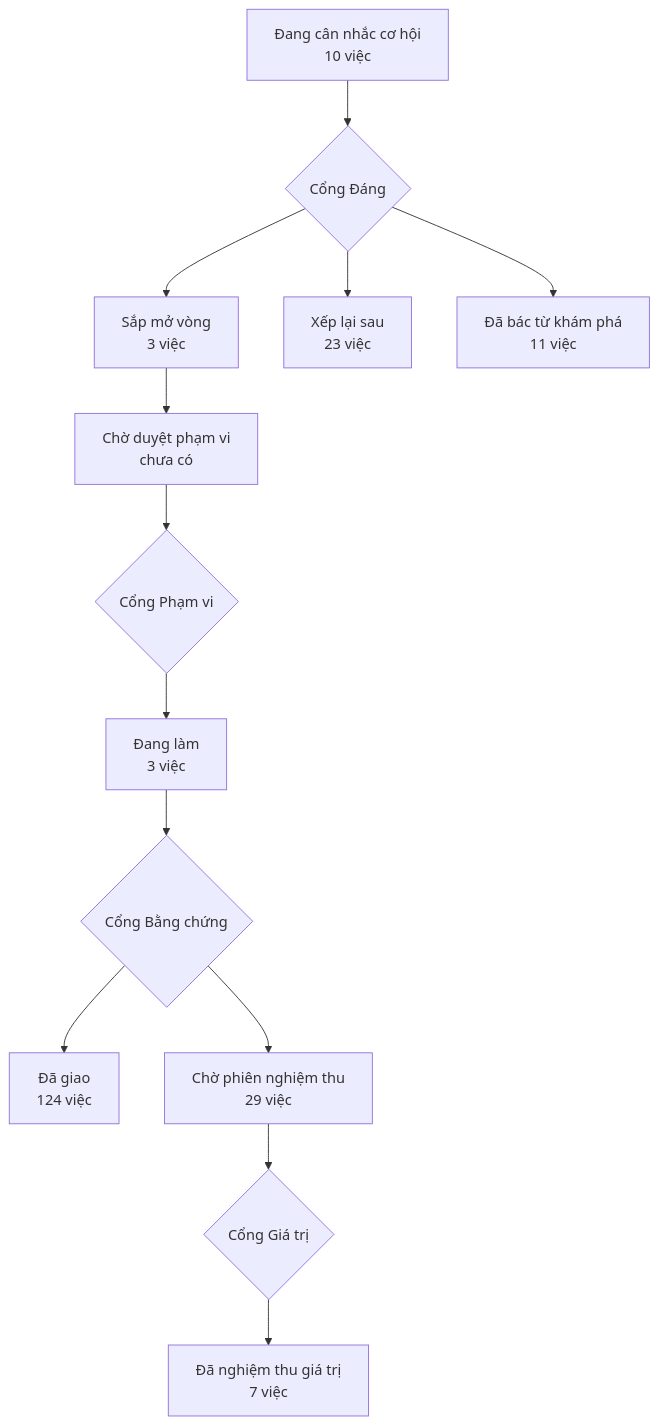
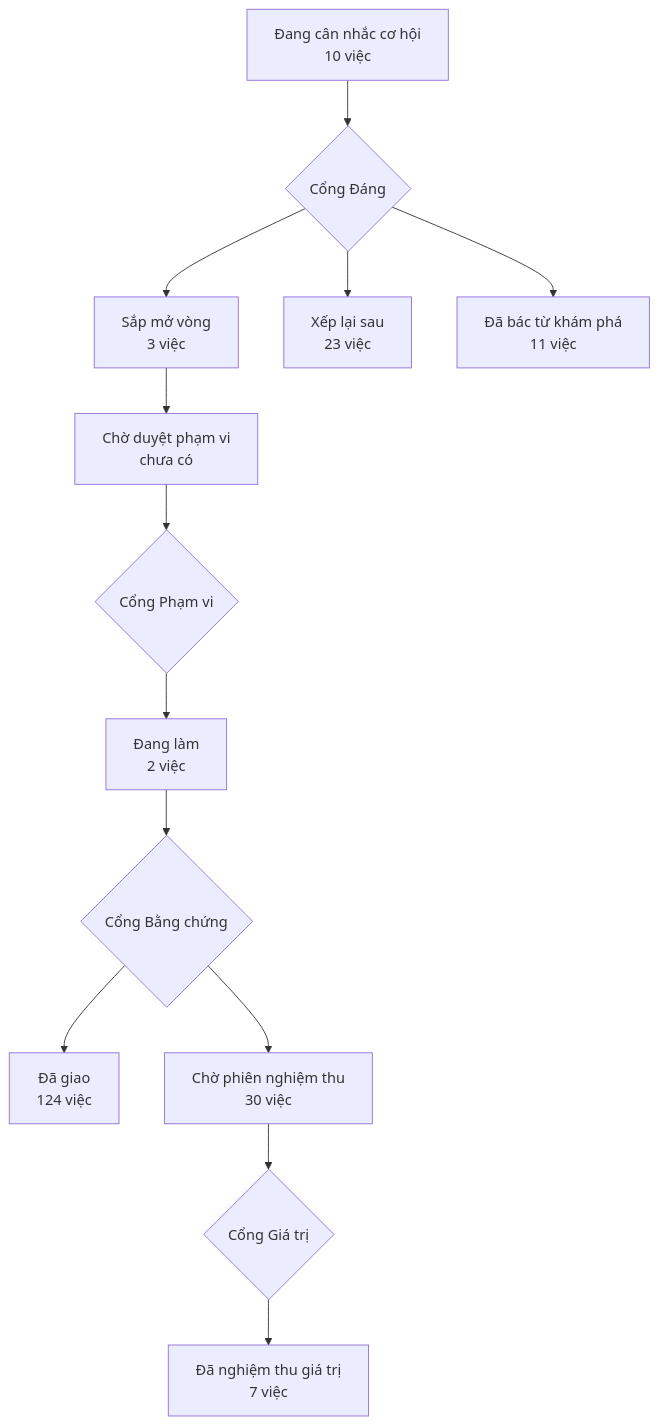
The diagram in PRODUCT-MAP.md (phanlemanh/acceptance-gate-kit), drawn with Mermaid before and after one commit. The commit also changed 5 other files, not shown here.

````diff
--- a/PRODUCT-MAP.md
+++ b/PRODUCT-MAP.md
@@ -7,12 +7,12 @@
 ```mermaid
 flowchart TD
   A["Đang cân nhắc cơ hội<br/>10 việc"] --> GD{"Cổng Đáng"}
   GD --> B["Sắp mở vòng<br/>3 việc"]
   GD --> XL["Xếp lại sau<br/>23 việc"]
   GD --> DB["Đã bác từ khám phá<br/>11 việc"]
   B --> CD["Chờ duyệt phạm vi<br/>chưa có"] --> GP{"Cổng Phạm vi"}
-  GP --> DL["Đang làm<br/>3 việc"] --> GB{"Cổng Bằng chứng"}
+  GP --> DL["Đang làm<br/>2 việc"] --> GB{"Cổng Bằng chứng"}
   GB --> DG["Đã giao<br/>124 việc"]
-  GB --> CN["Chờ phiên nghiệm thu<br/>29 việc"] --> GG{"Cổng Giá trị"}
+  GB --> CN["Chờ phiên nghiệm thu<br/>30 việc"] --> GG{"Cổng Giá trị"}
   GG --> NT["Đã nghiệm thu giá trị<br/>7 việc"]
 ```
````
